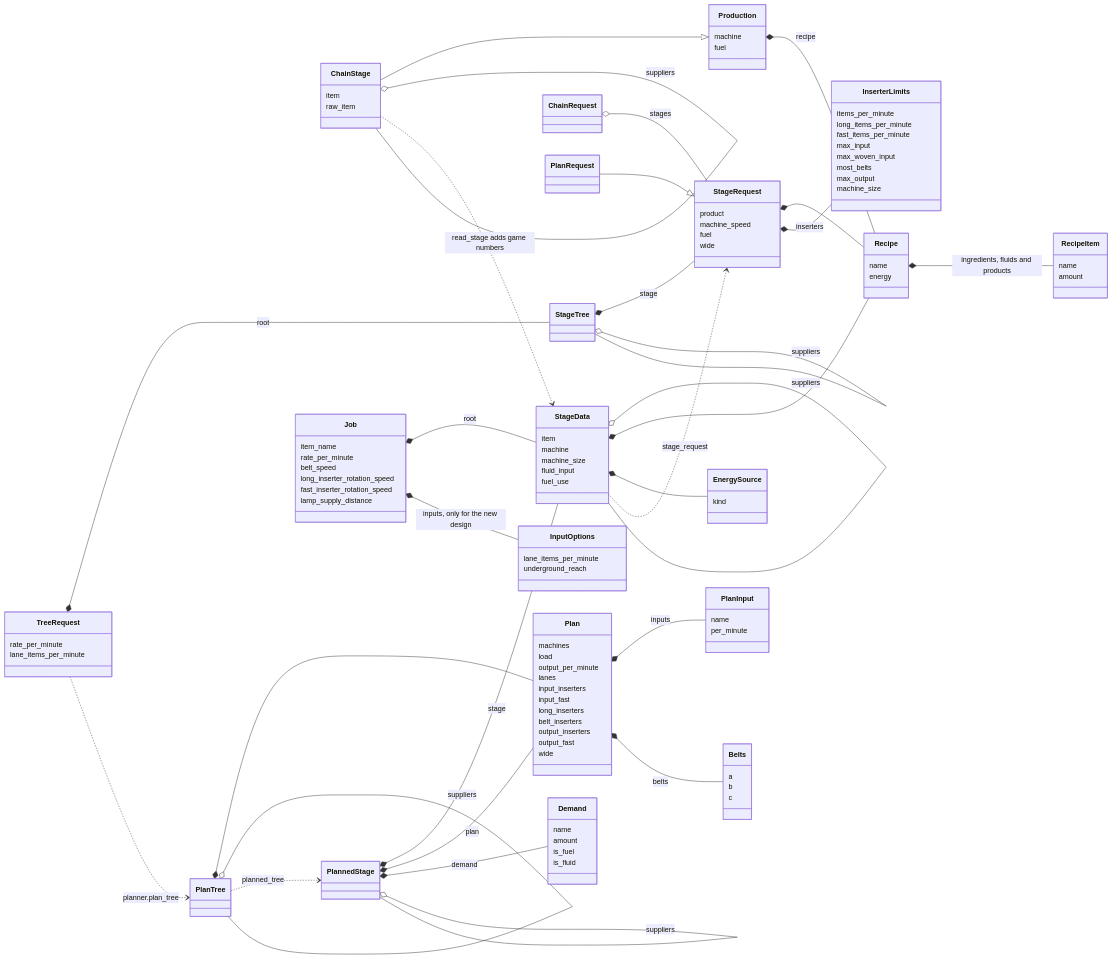
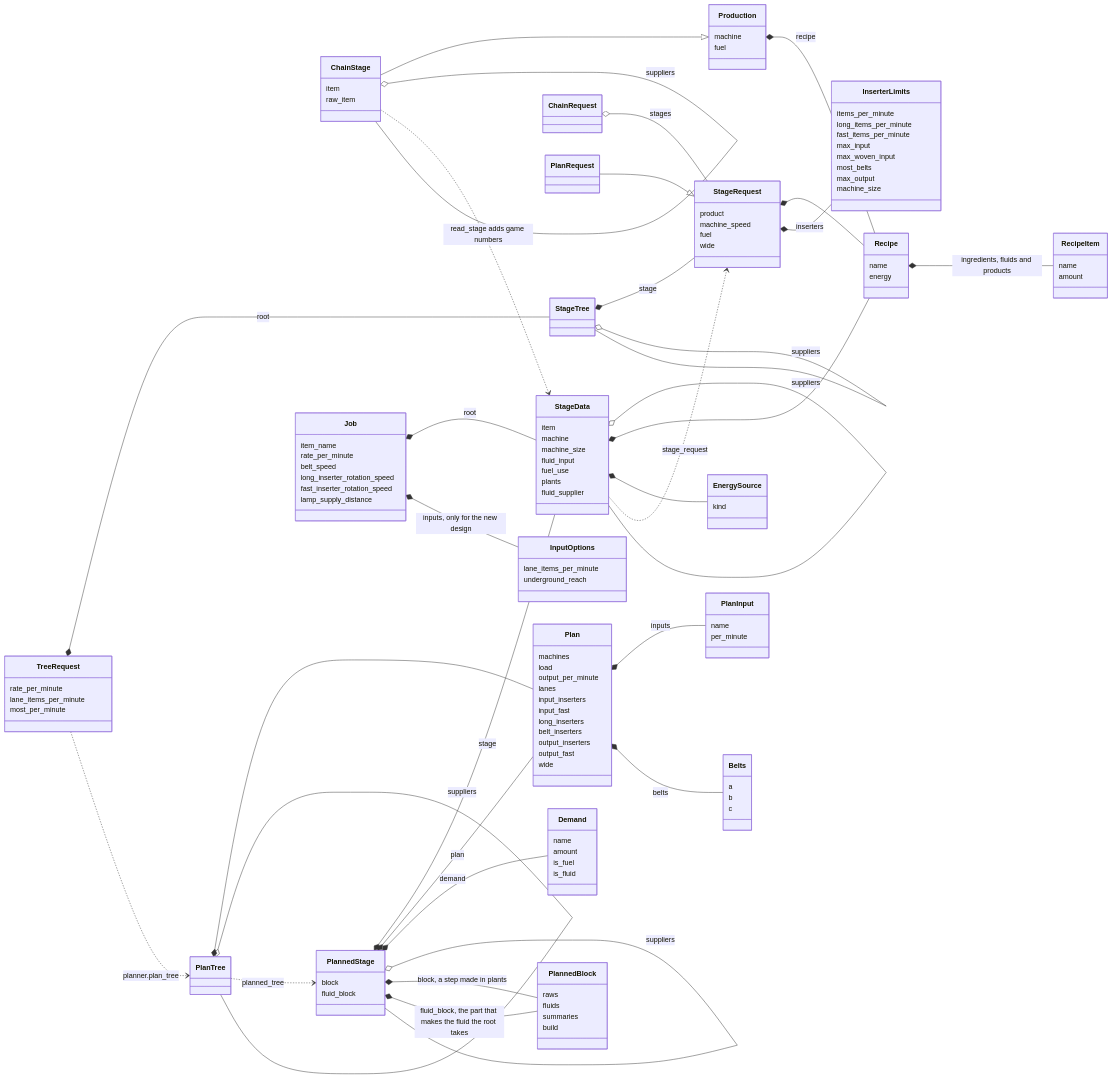
One commit to RibbonedAce/factorio-blueprint-generation changed the third of 6 diagrams in TYPES.md. Above: the diagram before and after it, drawn with Mermaid. The commit also changed other lines of this file and 39 other files, not shown here.

First line of the commit message:
Take items made in plants and fluids made by machines in recipes on belts

```diff
--- a/TYPES.md
+++ b/TYPES.md
@@ -175,6 +204,8 @@
     machine_size
     fluid_input
     fuel_use
+    plants
+    fluid_supplier
   }
   class EnergySource {
     kind
@@ -217,6 +248,7 @@
   class TreeRequest {
     rate_per_minute
     lane_items_per_minute
+    most_per_minute
   }
   class ChainRequest
   class PlanRequest
@@ -253,7 +285,16 @@
     c
   }
   class PlanTree
-  class PlannedStage
+  class PlannedStage {
+    block
+    fluid_block
+  }
+  class PlannedBlock {
+    raws
+    fluids
+    summaries
+    build
+  }
   class Demand {
     name
     amount
@@ -281,6 +322,8 @@
   PlannedStage *-- Plan : plan
   PlannedStage *-- Demand : demand
   PlannedStage o-- PlannedStage : suppliers
+  PlannedStage *-- PlannedBlock : block, a step made in plants
+  PlannedStage *-- PlannedBlock : fluid_block, the part that makes the fluid the root takes
   Job *-- StageData : root
   Job *-- InputOptions : inputs, only for the new design
   TreeRequest ..> PlanTree : planner.plan_tree
```
